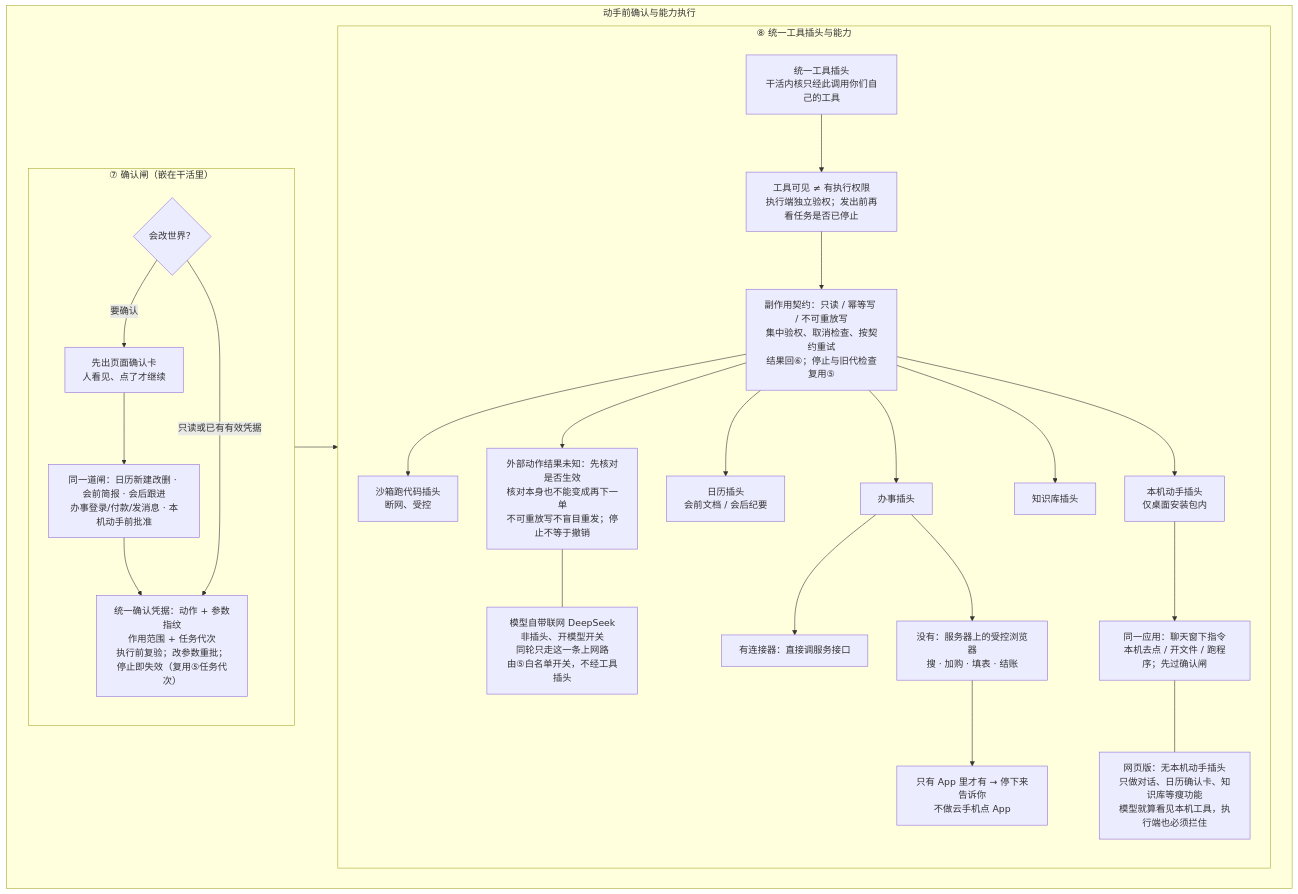
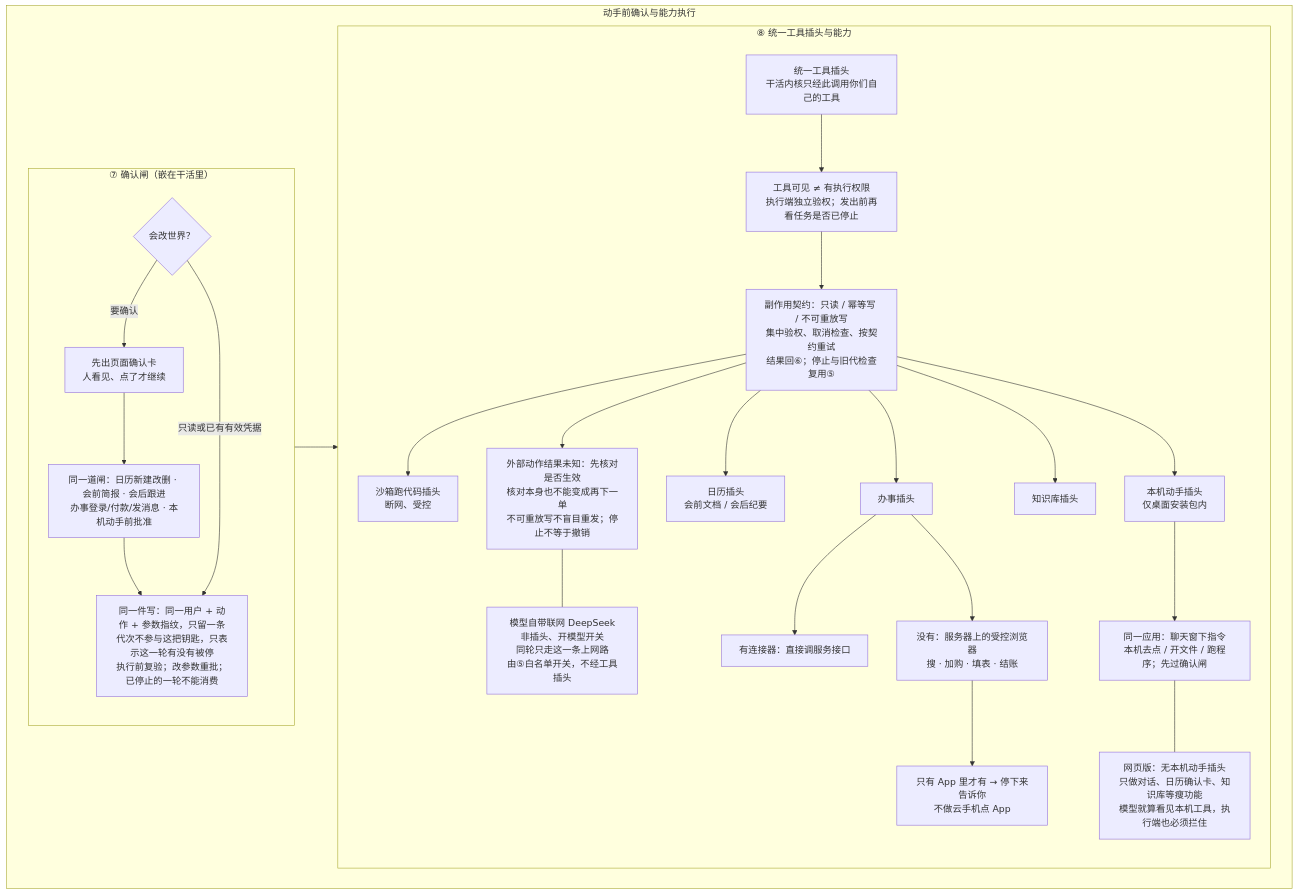
The diagram in docs/envisioned-product/mermaid-rows/03-gate.mmd (y4483784-png/omni-butler), drawn with Mermaid before and after one commit. The commit also changed 9 other files, not shown here.

```diff
--- a/docs/envisioned-product/mermaid-rows/03-gate.mmd
+++ b/docs/envisioned-product/mermaid-rows/03-gate.mmd
@@ -1,78 +1,78 @@
 %%{init: {
   "theme": "base",
   "themeVariables": {
     "fontFamily": ""Noto Sans CJK SC", "Noto Sans SC", Inter, system-ui, sans-serif",
     "fontSize": "15px",
     "primaryColor": "#E8F1FF",
     "primaryTextColor": "#0F172A",
     "primaryBorderColor": "#3B82F6",
     "secondaryColor": "#FEF3C7",
     "secondaryTextColor": "#0F172A",
     "secondaryBorderColor": "#D97706",
     "tertiaryColor": "#ECFDF5",
     "tertiaryTextColor": "#0F172A",
     "tertiaryBorderColor": "#059669",
     "lineColor": "#64748B",
     "textColor": "#0F172A",
     "mainBkg": "#F8FAFC",
     "nodeBorder": "#94A3B8",
     "clusterBkg": "#FFFBEB",
     "clusterBorder": "#F59E0B",
     "titleColor": "#0F172A",
     "edgeLabelBackground": "#FFFFFF"
   },
   "flowchart": {
     "curve": "basis",
     "padding": 18,
     "nodeSpacing": 28,
     "rankSpacing": 36,
     "htmlLabels": true
   }
 }}%%
 flowchart LR
   subgraph R3["动手前确认与能力执行"]
     direction LR
 
     subgraph GATE["⑦ 确认闸（嵌在干活里）"]
       direction TB
       side{会改世界？}
       card["先出页面确认卡<br/>人看见、点了才继续"]
       instances["同一道闸：日历新建改删 · 会前简报 · 会后跟进<br/>办事登录/付款/发消息 · 本机动手前批准"]
-      go["统一确认凭据：动作 + 参数指纹<br/>作用范围 + 任务代次<br/>执行前复验；改参数重批；停止即失效（复用⑤任务代次）"]
+      go["同一件写：同一用户 + 动作 + 参数指纹，只留一条<br/>代次不参与这把钥匙，只表示这一轮有没有被停<br/>执行前复验；改参数重批；已停止的一轮不能消费"]
       side -->|要确认| card --> instances --> go
       side -->|只读或已有有效凭据| go
     end
 
     subgraph BUS["⑧ 统一工具插头与能力"]
       direction TB
       mcp["统一工具插头<br/>干活内核只经此调用你们自己的工具"]
       vis["工具可见 ≠ 有执行权限<br/>执行端独立验权；发出前再看任务是否已停止"]
       contract["副作用契约：只读 / 幂等写 / 不可重放写<br/>集中验权、取消检查、按契约重试<br/>结果回⑥；停止与旧代检查复用⑤"]
       unknown["外部动作结果未知：先核对是否生效<br/>核对本身也不能变成再下一单<br/>不可重放写不盲目重发；停止不等于撤销"]
       sandbox["沙箱跑代码插头<br/>断网、受控"]
       cal["日历插头<br/>会前文档 / 会后纪要"]
       errands["办事插头"]
       kb["知识库插头"]
       local["本机动手插头<br/>仅桌面安装包内"]
       dsknet["模型自带联网 DeepSeek<br/>非插头、开模型开关<br/>同轮只走这一条上网路<br/>由⑤白名单开关，不经工具插头"]
       err_api["有连接器：直接调服务接口"]
       err_web["没有：服务器上的受控浏览器<br/>搜 · 加购 · 填表 · 结账"]
       err_stop["只有 App 里才有 → 停下来告诉你<br/>不做云手机点 App"]
       local_do["同一应用：聊天窗下指令<br/>本机去点 / 开文件 / 跑程序；先过确认闸"]
       web_limit["网页版：无本机动手插头<br/>只做对话、日历确认卡、知识库等瘦功能<br/>模型就算看见本机工具，执行端也必须拦住"]
       mcp --> vis --> contract
       contract --> sandbox
       contract --> unknown
       contract --> cal
       contract --> errands
       contract --> kb
       contract --> local
       unknown --- dsknet
       errands --> err_api
       errands --> err_web --> err_stop
       local --> local_do
       local_do --- web_limit
     end
 
     GATE --> BUS
   end
```
